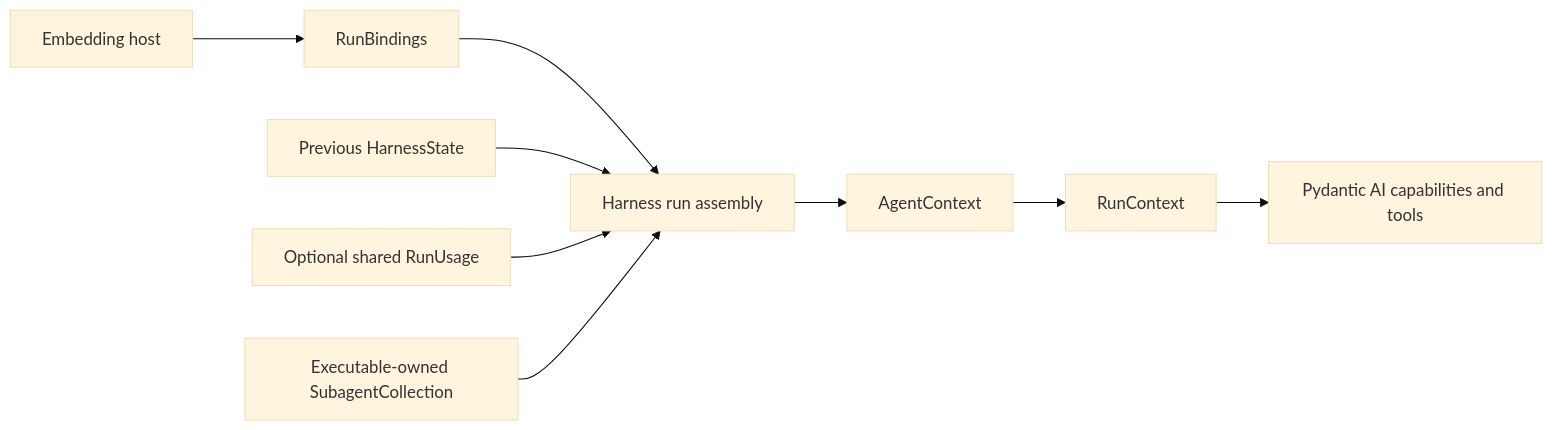
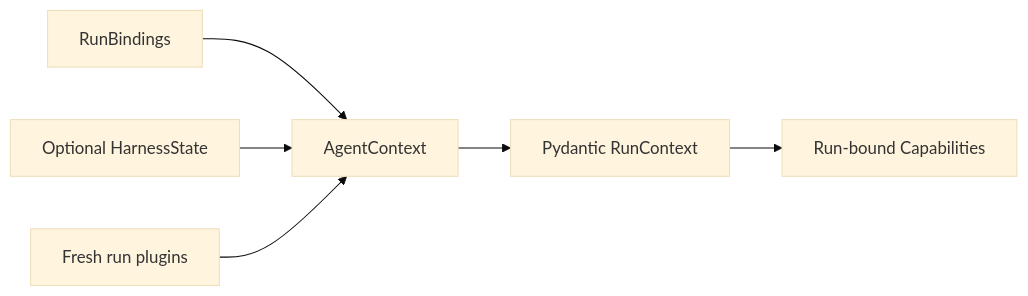
The third of 3 diagrams in spec/agent-harness/01-pydantic-ai-foundation.md (LTThreeComma/agent-foundation), drawn with Mermaid (base theme) before and after one commit. The commit also changed other lines of this file and 31 other files, not shown here.

````diff
--- a/spec/agent-harness/01-pydantic-ai-foundation.md
+++ b/spec/agent-harness/01-pydantic-ai-foundation.md
@@ -122,11 +97,8 @@
 ```mermaid
 flowchart LR
-    Host[Embedding host] --> Bindings[RunBindings]
-    Bindings --> Assemble[Harness run assembly]
-    Previous[Previous HarnessState] --> Assemble
-    Usage[Optional shared RunUsage] --> Assemble
-    Children[Executable-owned SubagentCollection] --> Assemble
-    Assemble --> AgentCtx[AgentContext]
-    AgentCtx --> Context[RunContext]
-    Context --> Capability[Pydantic AI capabilities and tools]
+    Bindings[RunBindings] --> Context[AgentContext]
+    State[Optional HarnessState] --> Context
+    Plugins[Fresh run plugins] --> Context
+    Context --> RunContext[Pydantic RunContext]
+    RunContext --> Capabilities[Run-bound Capabilities]
 ```
````
